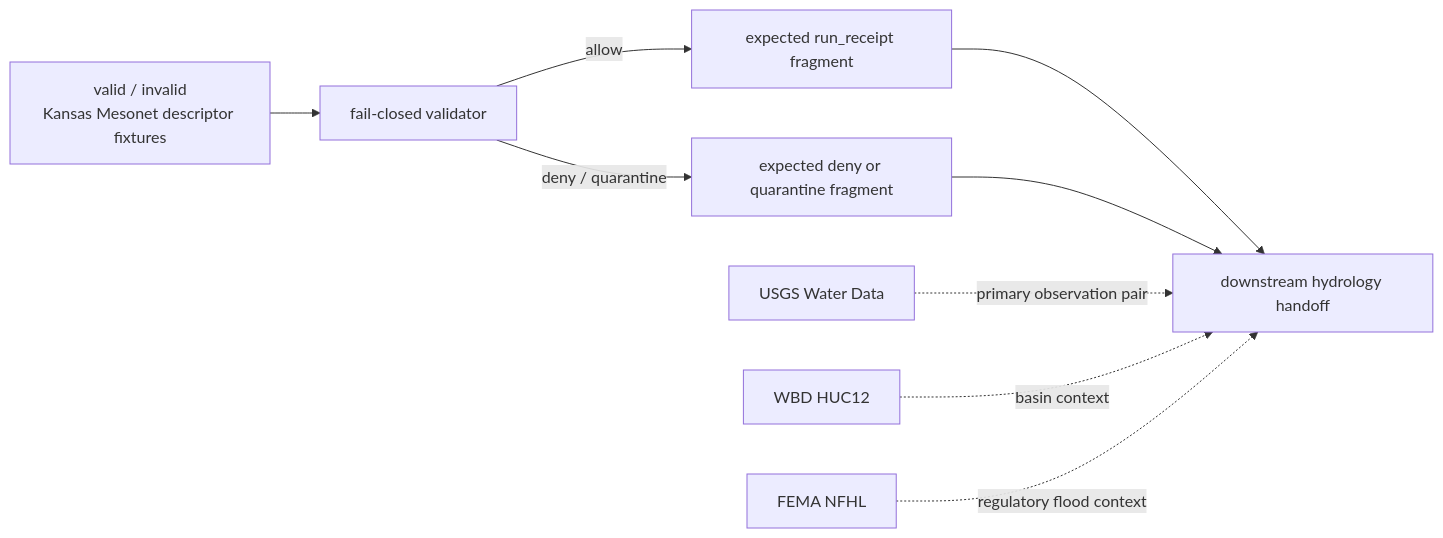
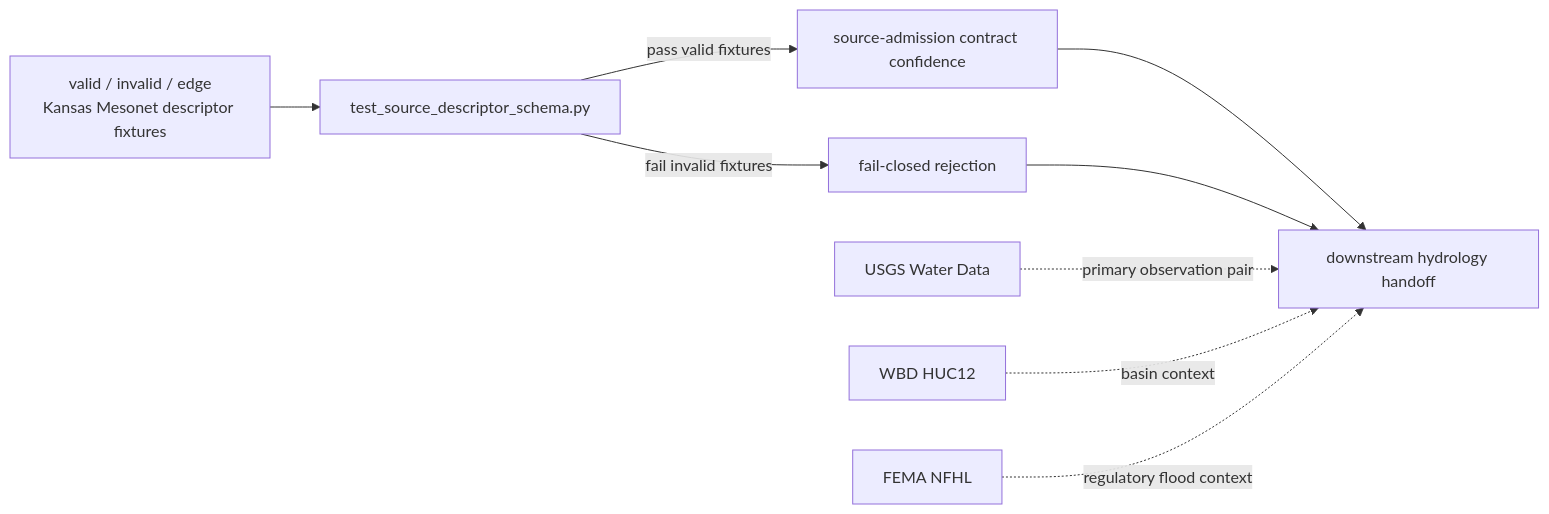
One commit to bartytime4life/Kansas-Frontier-Matrix changed the diagram in tests/fixtures/source/kansas_mesonet_source_descriptor/README.md. Above: the diagram before and after it, drawn with Mermaid. The commit also changed other lines of this file, not shown here.

````diff
--- a/tests/fixtures/source/kansas_mesonet_source_descriptor/README.md
+++ b/tests/fixtures/source/kansas_mesonet_source_descriptor/README.md
@@ -282,11 +306,12 @@
 ```mermaid
 flowchart LR
-    F[valid / invalid<br/>Kansas Mesonet descriptor fixtures] --> V[fail-closed validator]
-    V -->|allow| R[expected run_receipt fragment]
-    V -->|deny / quarantine| Q[expected deny or quarantine fragment]
-    R --> H[downstream hydrology handoff]
-    Q --> H
+    F[valid / invalid / edge<br/>Kansas Mesonet descriptor fixtures] --> V[test_source_descriptor_schema.py]
+    V -->|pass valid fixtures| A[source-admission contract confidence]
+    V -->|fail invalid fixtures| B[fail-closed rejection]
+    A --> H[downstream hydrology handoff]
+    B --> H
+
     U[USGS Water Data] -. primary observation pair .-> H
     W[WBD HUC12] -. basin context .-> H
     N[FEMA NFHL] -. regulatory flood context .-> H
 ```
````
